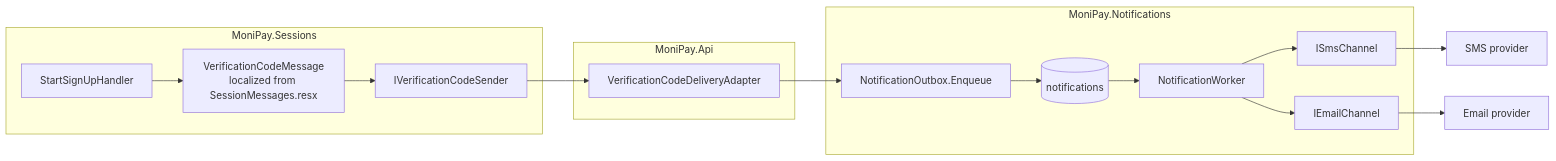
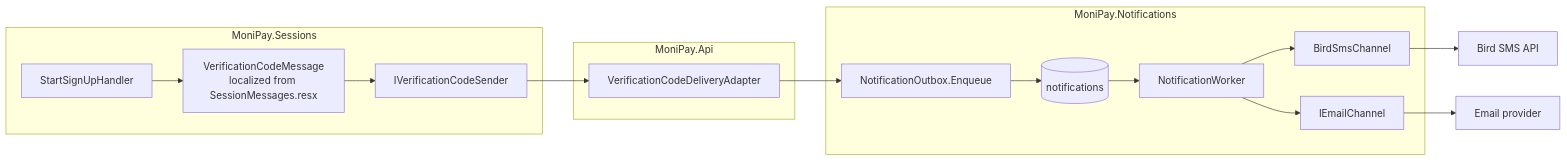
Before and after one commit to GenjiruSUchiwa/moneypay: the diagram in docs/architecture/authentication/notifications.md, drawn with Mermaid. The commit also changed other lines of this file and 11 other files, not shown here.

Commit message:
feat(api): add the Bird SMS provider channel as a typed HttpClient (#101)

````diff
--- a/docs/architecture/authentication/notifications.md
+++ b/docs/architecture/authentication/notifications.md
@@ -56,22 +56,22 @@
 ```mermaid
 flowchart LR
     subgraph Sessions[MoniPay.Sessions]
         Start[StartSignUpHandler] --> Compose[VerificationCodeMessage<br/>localized from SessionMessages.resx]
         Compose --> Port[IVerificationCodeSender]
     end
 
     subgraph Api[MoniPay.Api]
         Adapter[VerificationCodeDeliveryAdapter]
     end
 
     subgraph Notifications[MoniPay.Notifications]
         Enqueue[NotificationOutbox.Enqueue] --> Table[(notifications)]
         Table --> Worker[NotificationWorker]
-        Worker --> Sms[ISmsChannel]
+        Worker --> Sms[BirdSmsChannel]
         Worker --> Email[IEmailChannel]
     end
 
     Port --> Adapter --> Enqueue
-    Sms --> SmsProvider[SMS provider]
+    Sms --> Bird[Bird SMS API]
     Email --> EmailProvider[Email provider]
 ```
````
